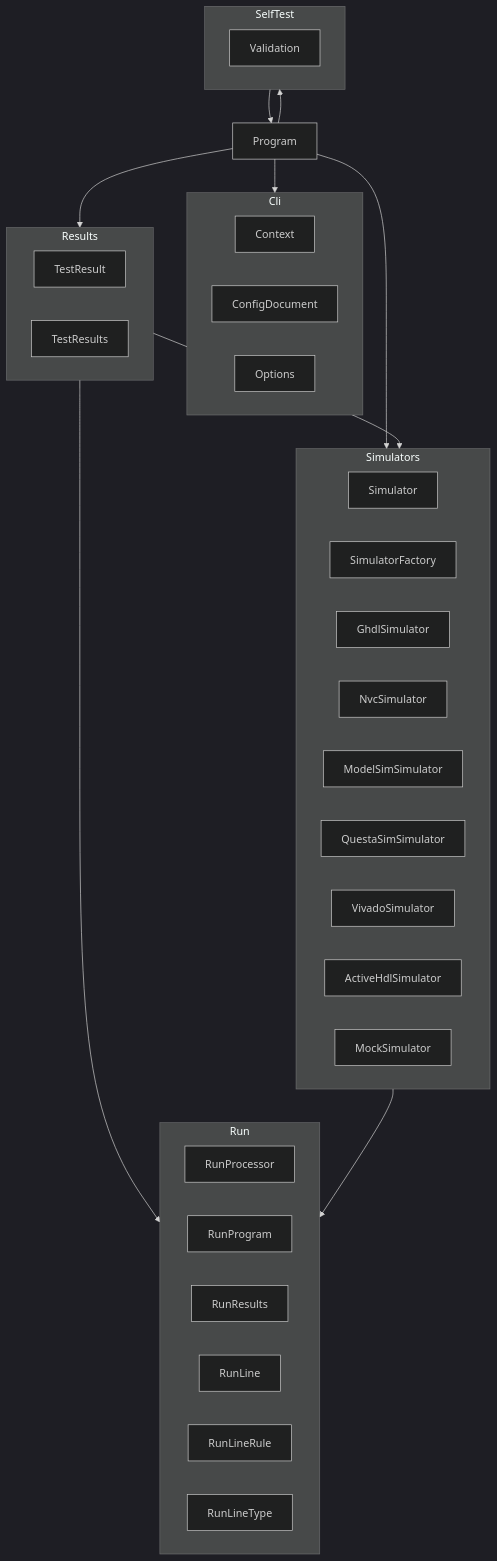
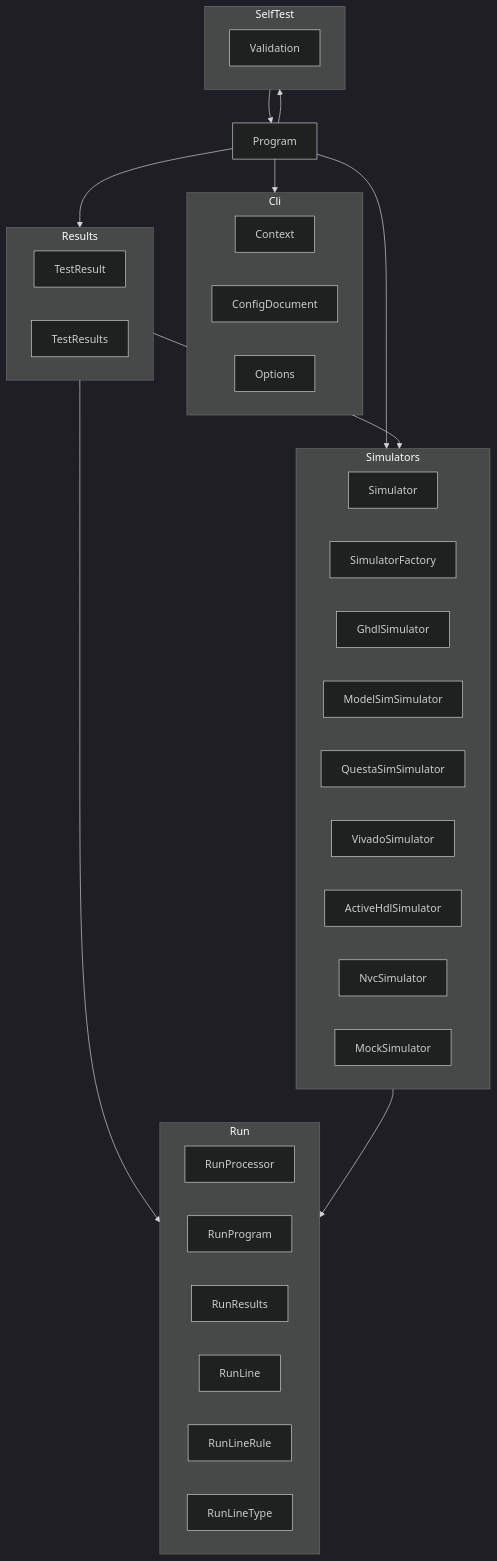
Before and after one commit to demaconsulting/VHDLTest: the diagram in docs/design/vhdltest.md, drawn with Mermaid (dark theme). The commit also changed other lines of this file and 180 other files, not shown here.

````diff
--- a/docs/design/vhdltest.md
+++ b/docs/design/vhdltest.md
@@ -13,49 +13,49 @@
 ```mermaid
 flowchart TD
     Program
 
     subgraph Cli
         Context
         ConfigDocument
         Options
     end
 
     subgraph Simulators
         Simulator
         SimulatorFactory
         GhdlSimulator
-        NvcSimulator
         ModelSimSimulator
         QuestaSimSimulator
         VivadoSimulator
         ActiveHdlSimulator
+        NvcSimulator
         MockSimulator
     end
 
     subgraph Run
         RunProcessor
         RunProgram
         RunResults
         RunLine
         RunLineRule
         RunLineType
     end
 
     subgraph Results
         TestResult
         TestResults
     end
 
     subgraph SelfTest
         Validation
     end
 
     Program --> Cli
     Program --> Simulators
     Program --> Results
     Program --> SelfTest
     Results --> Run
     Results --> Simulators
     Simulators --> Run
     SelfTest --> Program
 ```
````
